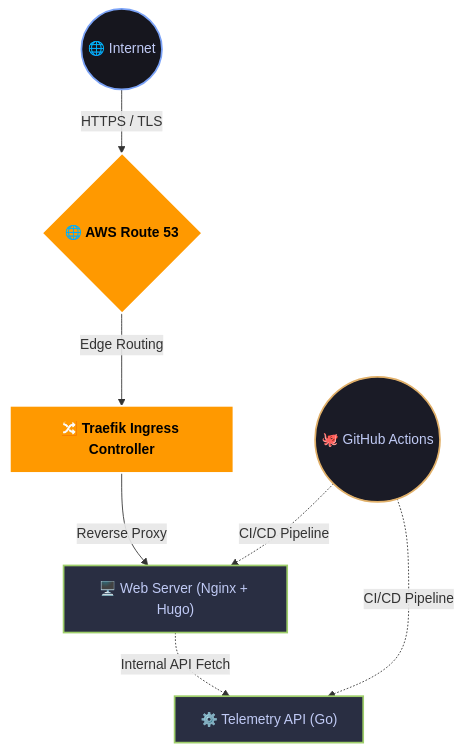
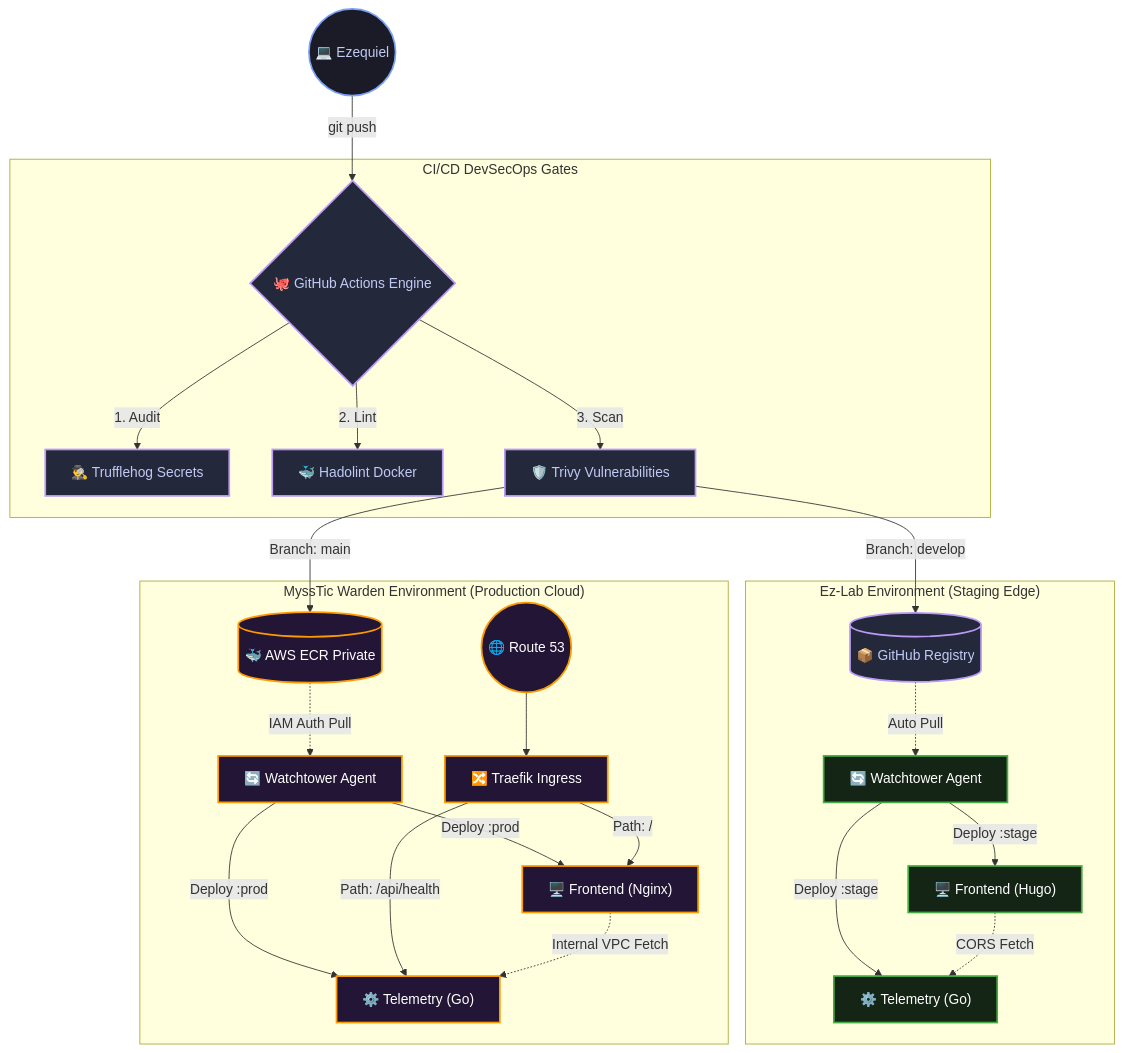
One commit to ezequieldlv/portfolio-sre changed the diagram in README.md. Above: the diagram before and after it, drawn with Mermaid. The commit also changed other lines of this file and 6 other files, not shown here.

Commit message:
feat(ci): implement unified GitOps pipeline for Staging and Production

````diff
--- a/README.md
+++ b/README.md
@@ -26,15 +27,43 @@
 ```mermaid
-graph TD
-    classDef user fill:#16161e,stroke:#7aa2f7,stroke-width:2px,color:#c0caf5
-    classDef aws fill:#FF9900,stroke:#fff,stroke-width:2px,color:#000,font-weight:bold
-    classDef app fill:#292e42,stroke:#9ece6a,stroke-width:2px,color:#c0caf5
-    classDef cicd fill:#1a1b26,stroke:#e0af68,stroke-width:2px,color:#c0caf5
 
-    User((🌐 Internet)):::user -->|HTTPS / TLS| R53{🌐 AWS Route 53}:::aws
-    R53 -->|Edge Routing| Traefik[🔀 Traefik Ingress Controller]:::aws
-    Traefik -->|Reverse Proxy| Frontend["🖥️ Web Server (Nginx + Hugo)"]:::app
-    Frontend -.->|Internal API Fetch| Backend["⚙️ Telemetry API (Go)"]:::app
-    
-    GitHub((🐙 GitHub Actions)):::cicd -.->|CI/CD Pipeline| Frontend
-    GitHub -.->|CI/CD Pipeline| Backend
+    graph TD
+    classDef dev fill:#1a1b26,stroke:#7aa2f7,stroke-width:2px,color:#c0caf5
+    classDef cicd fill:#24283b,stroke:#bb9af7,stroke-width:2px,color:#c0caf5
+    classDef edge fill:#152515,stroke:#44aa44,stroke-width:2px,color:#fff
+    classDef cloud fill:#221535,stroke:#ff9900,stroke-width:2px,color:#fff
+    classDef net fill:#1f2335,stroke:#7aa2f7,stroke-width:1px,color:#a9b1d6
+
+    %% FLUJO DE CÓDIGO
+    Developer((💻 Ezequiel)):::dev -->|git push| GitHub{🐙 GitHub Actions Engine}:::cicd
+
+    subgraph "CI/CD DevSecOps Gates"
+        GitHub -->|1. Audit| Trufflehog[🕵️‍♂️ Trufflehog Secrets]:::cicd
+        GitHub -->|2. Lint| Hadolint[🐳 Hadolint Docker]:::cicd
+        GitHub -->|3. Scan| Trivy[🛡️ Trivy Vulnerabilities]:::cicd
+    end
+
+    %% ENRUTAMIENTO POR RAMAS (LOGICA DEL PIPELINE)
+    Trivy -->|Branch: develop| GHCR[(📦 GitHub Registry)]:::cicd
+    Trivy -->|Branch: main| ECR[(🐳 AWS ECR Private)]:::cloud
+
+    %% ENTORNO STAGING (RASPBERRY PI)
+    subgraph "Ez-Lab Environment (Staging Edge)"
+        GHCR -.->|Auto Pull| WatchtowerPi[🔄 Watchtower Agent]:::edge
+        WatchtowerPi -->|Deploy :stage| WebStage["🖥️ Frontend (Hugo)"]:::edge
+        WatchtowerPi -->|Deploy :stage| APIStage["⚙️ Telemetry (Go)"]:::edge
+        WebStage -.->|CORS Fetch| APIStage
+    end
+
+    %% ENTORNO PRODUCCIÓN (AWS)
+    subgraph "MyssTic Warden Environment (Production Cloud)"
+        ECR -.->|IAM Auth Pull| WatchtowerAWS[🔄 Watchtower Agent]:::cloud
+        WatchtowerAWS -->|Deploy :prod| WebProd["🖥️ Frontend (Nginx)"]:::cloud
+        WatchtowerAWS -->|Deploy :prod| APIProd["⚙️ Telemetry (Go)"]:::cloud
+
+        Route53((🌐 Route 53)):::cloud --> Traefik[🔀 Traefik Ingress]:::cloud
+        Traefik -->|Path: /| WebProd
+        Traefik -->|Path: /api/health| APIProd
+        WebProd -.->|Internal VPC Fetch| APIProd
+    end
+
 ```
````
